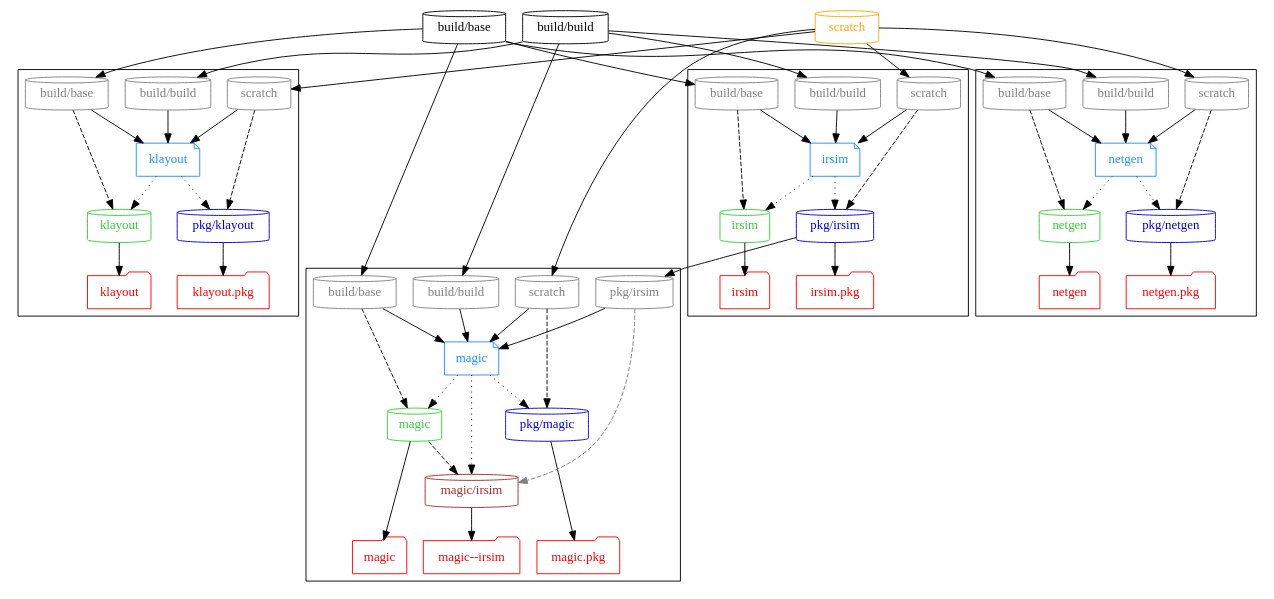
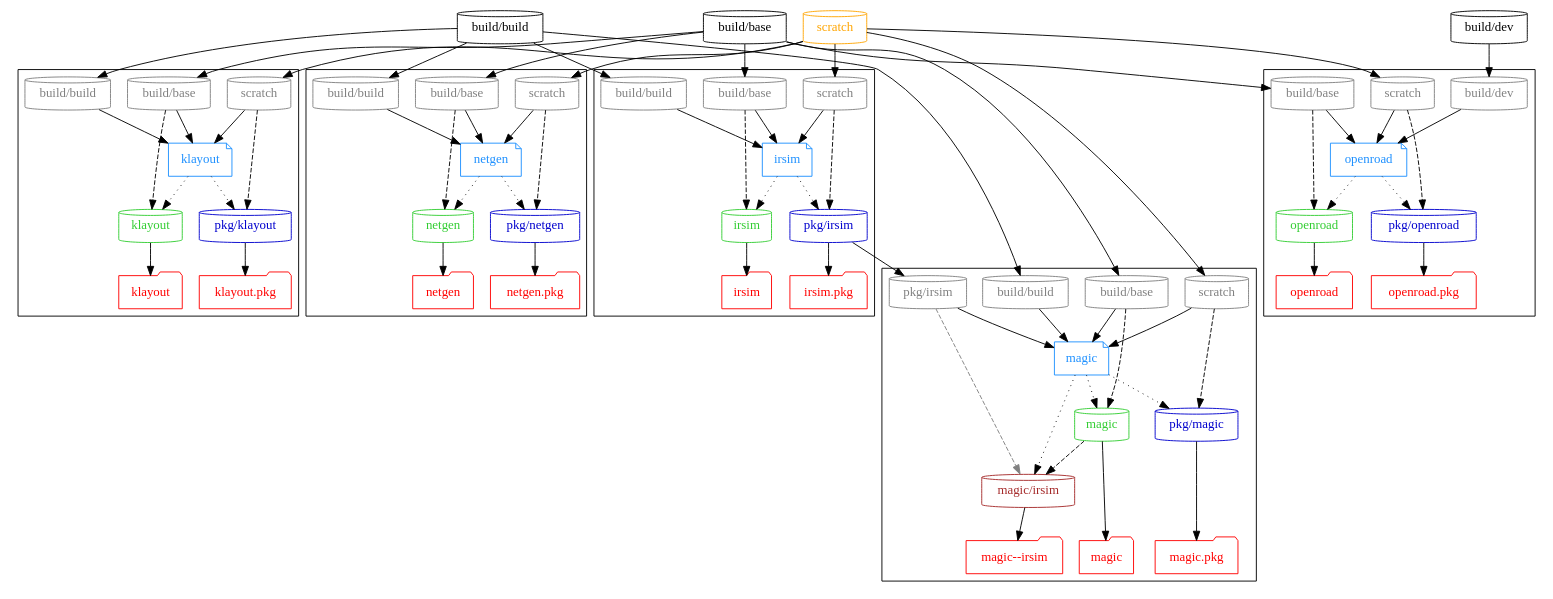
The diagram in doc/graph/asic.dot (hdl/containers), drawn with Graphviz before and after one commit. The commit also changed 10 other files, not shown here.

```diff
--- a/doc/graph/asic.dot
+++ b/doc/graph/asic.dot
@@ -29,11 +29,13 @@
     d_klayout [label="klayout"];
     d_magic [label="magic"];
     d_netgen [label="netgen"];
+    d_openroad [label="openroad"];
   }
 
   # Images
 
   { node [shape=cylinder]
+    "build/dev"
     "build/build"
     "build/base"
     { node [color=limegreen, fontcolor=limegreen]
@@ -41,12 +43,14 @@
       "klayout"
       "magic"
       "netgen"
+      "openroad"
     }
     { node [color=mediumblue, fontcolor=mediumblue]
       "pkg/irsim"
       "pkg/klayout"
       "pkg/magic"
       "pkg/netgen"
+      "pkg/openroad"
     }
     { node [color=brown, fontcolor=brown]
       "magic/irsim"
@@ -60,6 +64,7 @@
   }
 
   { rank=same
+    "build/dev"
     "build/build"
     "build/base"
     "scratch"
@@ -163,6 +168,29 @@
     "pkg/netgen" -> "t_pkg/netgen";
   }
 
+  subgraph cluster_openroad {
+    { rank=same
+      node [shape=cylinder, color=grey, fontcolor=grey]
+      "p_openroad_build/dev" [label="build/dev"]
+      "p_openroad_build/base" [label="build/base"]
+      "p_openroad_scratch" [label="scratch"]
+    }
+
+    d_openroad -> {
+      "openroad"
+      "pkg/openroad"
+    } [style=dotted];
+
+    {
+      node [shape=folder, color=red, fontcolor=red]
+      "t_openroad" [label="openroad"];
+      "t_pkg/openroad" [label="openroad.pkg"];
+    }
+
+    "openroad" -> "t_openroad";
+    "pkg/openroad" -> "t_pkg/openroad";
+  }
+
   # Dockerfile dependencies
 
   "build/build" -> "p_irsim_build/build" -> d_irsim;
@@ -182,6 +210,10 @@
   "build/base" -> "p_netgen_build/base" -> d_netgen;
   "scratch" -> "p_netgen_scratch" -> d_netgen;
 
+  "build/dev" -> "p_openroad_build/dev" -> d_openroad;
+  "build/base" -> "p_openroad_build/base" -> d_openroad;
+  "scratch" -> "p_openroad_scratch" -> d_openroad;
+
   # Image dependencies
 
   { edge [style=dashed]
@@ -194,6 +226,8 @@
     "magic" -> "magic/irsim";
     "p_netgen_build/base" -> "netgen";
     "p_netgen_scratch" -> "pkg/netgen";
+    "p_openroad_build/base" -> "openroad";
+    "p_openroad_scratch" -> "pkg/openroad";
   }
 
   { edge [style=dashed, color=grey]
```
